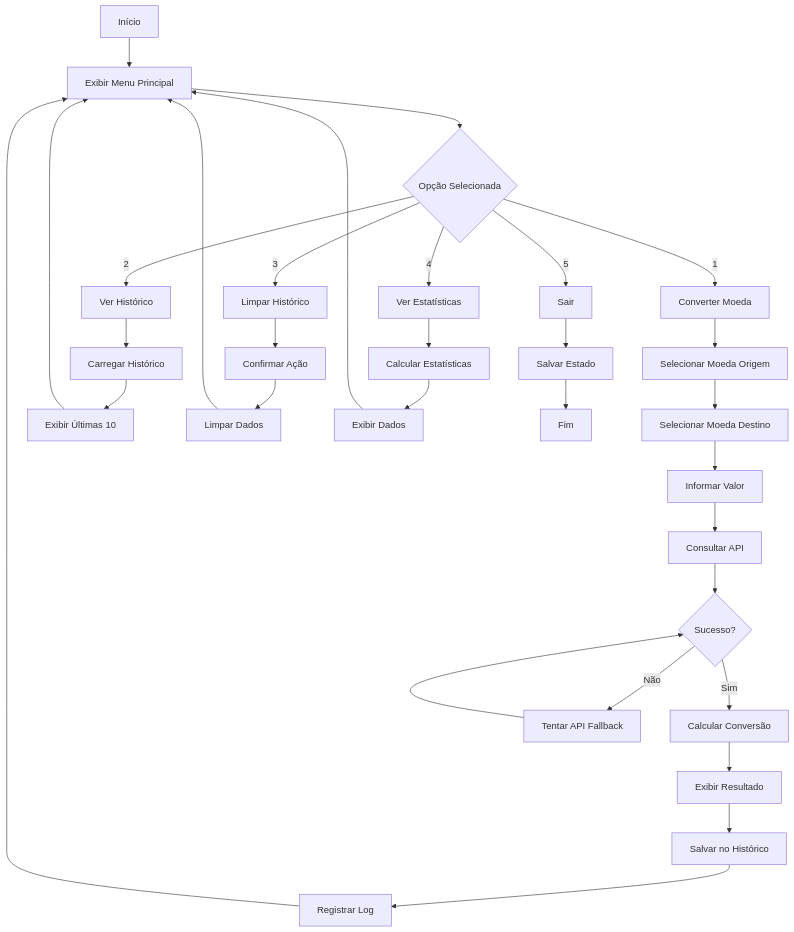
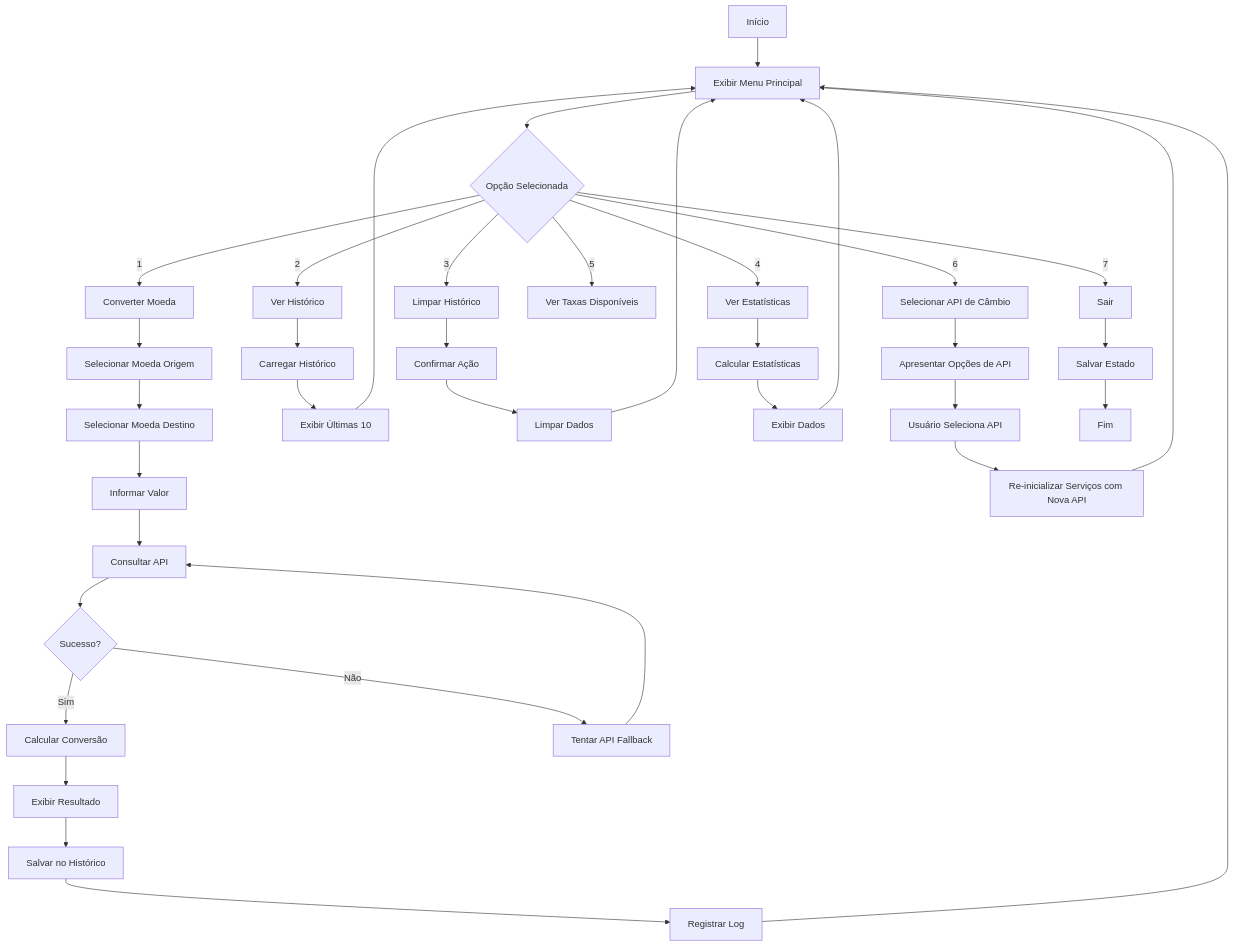
The first of 3 diagrams in README.md (DessimA/Conversor-de-Moedas), drawn with Mermaid before and after one commit. The commit also changed other lines of this file and 4 other files, not shown here.

````diff
--- a/README.md
+++ b/README.md
@@ -30,38 +31,45 @@
 ```mermaid
 flowchart TD
     A[Início] --> B[Exibir Menu Principal]
     B --> C{Opção Selecionada}
     C -->|1| D[Converter Moeda]
     C -->|2| E[Ver Histórico]
     C -->|3| F[Limpar Histórico]
     C -->|4| G[Ver Estatísticas]
-    C -->|5| H[Sair]
+    C -->|5| H[Ver Taxas Disponíveis]
+    C -->|6| I[Selecionar API de Câmbio]
+    C -->|7| J[Sair]
     
-    D --> I[Selecionar Moeda Origem]
-    I --> J[Selecionar Moeda Destino]
-    J --> K[Informar Valor]
-    K --> L[Consultar API]
-    L --> M{Sucesso?}
-    M -->|Sim| N[Calcular Conversão]
-    M -->|Não| O[Tentar API Fallback]
-    O --> M
-    N --> P[Exibir Resultado]
-    P --> Q[Salvar no Histórico]
-    Q --> R[Registrar Log]
-    R --> B
-    
-    E --> S[Carregar Histórico]
-    S --> T[Exibir Últimas 10]
+    D --> K[Selecionar Moeda Origem]
+    K --> L[Selecionar Moeda Destino]
+    L --> M[Informar Valor]
+    M --> N[Consultar API]
+    N --> O{Sucesso?}
+    O -->|Sim| P[Calcular Conversão]
+    O -->|Não| Q[Tentar API Fallback]
+    Q --> N
+    P --> R[Exibir Resultado]
+    R --> S[Salvar no Histórico]
+    S --> T[Registrar Log]
     T --> B
     
-    F --> U[Confirmar Ação]
-    U --> V[Limpar Dados]
+    E --> U[Carregar Histórico]
+    U --> V[Exibir Últimas 10]
     V --> B
     
-    G --> W[Calcular Estatísticas]
-    W --> X[Exibir Dados]
+    F --> W[Confirmar Ação]
+    W --> X[Limpar Dados]
     X --> B
     
-    H --> Y[Salvar Estado]
-    Y --> Z[Fim]
+    G --> Y[Calcular Estatísticas]
+    Y --> Z[Exibir Dados]
+    Z --> B
+
+    I --> AA[Apresentar Opções de API]
+    AA --> BB[Usuário Seleciona API]
+    BB --> CC[Re-inicializar Serviços com Nova API]
+    CC --> B
+    
+    J --> DD[Salvar Estado]
+    DD --> EE[Fim]
 ```
````
